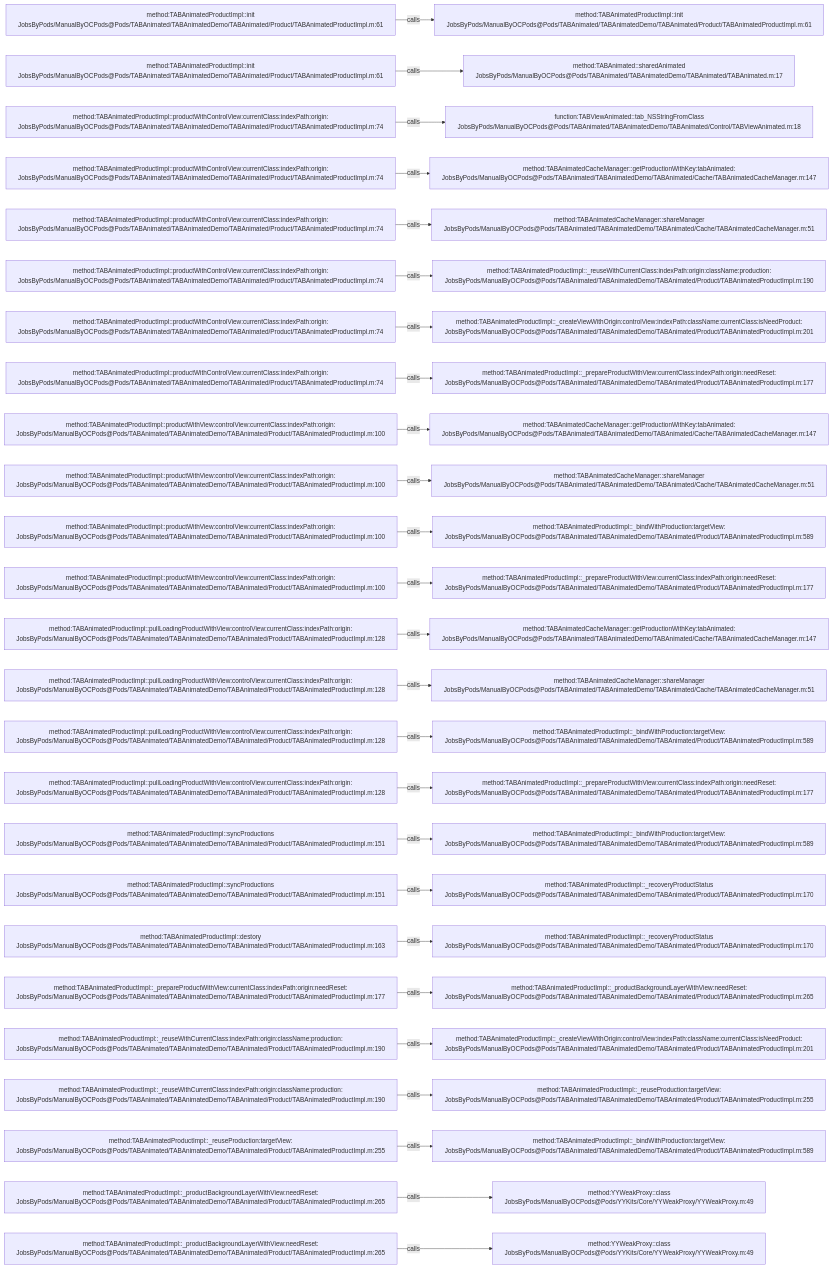
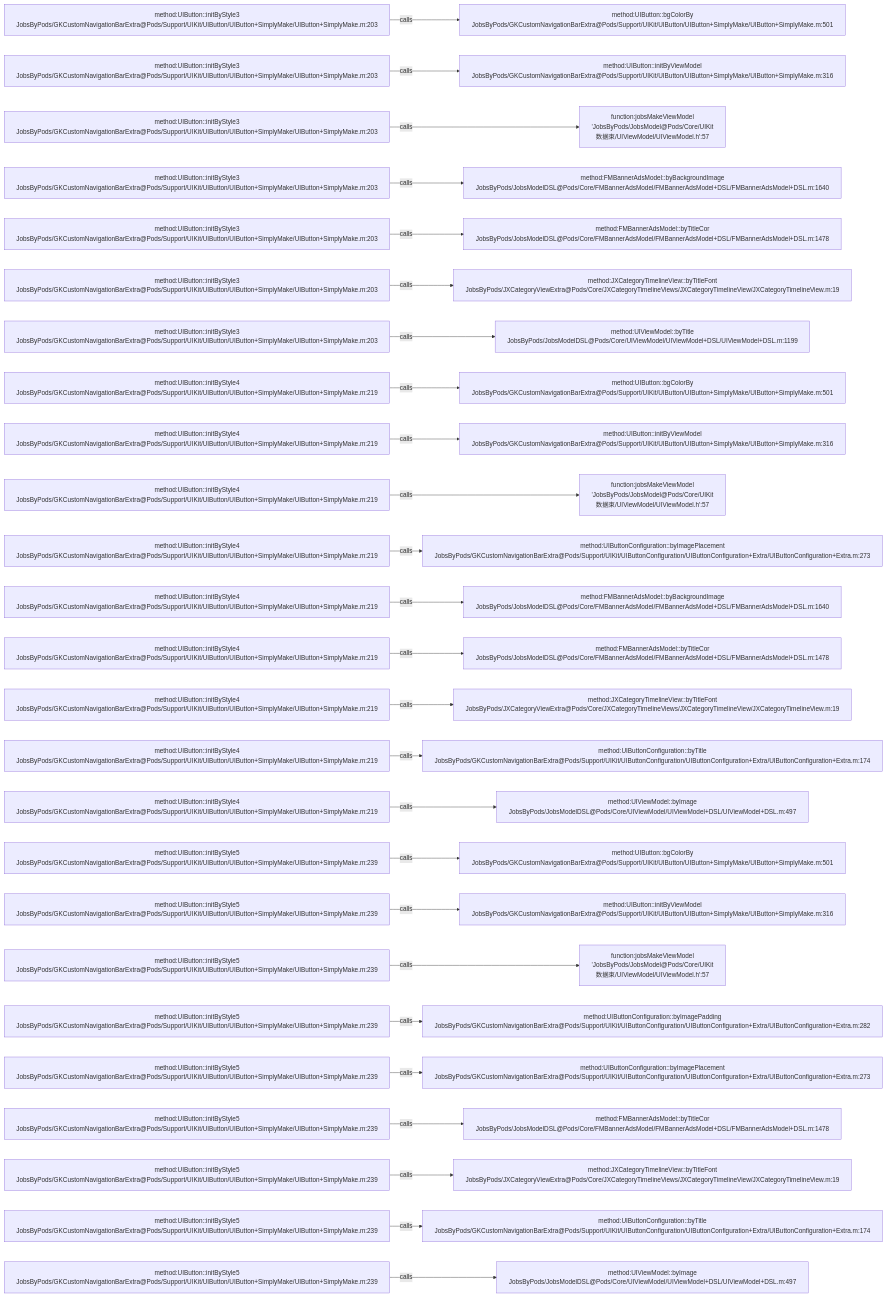
Before and after one commit to JobsKits/JobsOCBaseConfigDemo: the diagram in .codegraph/codegraph.md/graphs/calls-023.md, drawn with Mermaid. The commit also changed 768 other files, not shown here.

````diff
--- a/.codegraph/codegraph.md/graphs/calls-023.md
+++ b/.codegraph/codegraph.md/graphs/calls-023.md
@@ -13,78 +13,78 @@
 ```mermaid
 flowchart LR
-  S1["method:TABAnimatedProductImpl::init<br/>JobsByPods/ManualByOCPods@Pods/TABAnimated/TABAnimatedDemo/TABAnimated/Product/TABAnimatedProductImpl.m:61"]
-  T1["method:TABAnimatedProductImpl::init<br/>JobsByPods/ManualByOCPods@Pods/TABAnimated/TABAnimatedDemo/TABAnimated/Product/TABAnimatedProductImpl.m:61"]
+  S1["method:UIButton::initByStyle3<br/>JobsByPods/GKCustomNavigationBarExtra@Pods/Support/UIKit/UIButton/UIButton+SimplyMake/UIButton+SimplyMake.m:203"]
+  T1["method:UIButton::bgColorBy<br/>JobsByPods/GKCustomNavigationBarExtra@Pods/Support/UIKit/UIButton/UIButton+SimplyMake/UIButton+SimplyMake.m:501"]
   S1 -->|calls| T1
-  S2["method:TABAnimatedProductImpl::init<br/>JobsByPods/ManualByOCPods@Pods/TABAnimated/TABAnimatedDemo/TABAnimated/Product/TABAnimatedProductImpl.m:61"]
-  T2["method:TABAnimated::sharedAnimated<br/>JobsByPods/ManualByOCPods@Pods/TABAnimated/TABAnimatedDemo/TABAnimated/TABAnimated.m:17"]
+  S2["method:UIButton::initByStyle3<br/>JobsByPods/GKCustomNavigationBarExtra@Pods/Support/UIKit/UIButton/UIButton+SimplyMake/UIButton+SimplyMake.m:203"]
+  T2["method:UIButton::initByViewModel<br/>JobsByPods/GKCustomNavigationBarExtra@Pods/Support/UIKit/UIButton/UIButton+SimplyMake/UIButton+SimplyMake.m:316"]
   S2 -->|calls| T2
-  S3["method:TABAnimatedProductImpl::productWithControlView:currentClass:indexPath:origin:<br/>JobsByPods/ManualByOCPods@Pods/TABAnimated/TABAnimatedDemo/TABAnimated/Product/TABAnimatedProductImpl.m:74"]
-  T3["function:TABViewAnimated::tab_NSStringFromClass<br/>JobsByPods/ManualByOCPods@Pods/TABAnimated/TABAnimatedDemo/TABAnimated/Control/TABViewAnimated.m:18"]
+  S3["method:UIButton::initByStyle3<br/>JobsByPods/GKCustomNavigationBarExtra@Pods/Support/UIKit/UIButton/UIButton+SimplyMake/UIButton+SimplyMake.m:203"]
+  T3["function:jobsMakeViewModel<br/>'JobsByPods/JobsModel@Pods/Core/UIKit数据束/UIViewModel/UIViewModel.h':57"]
   S3 -->|calls| T3
-  S4["method:TABAnimatedProductImpl::productWithControlView:currentClass:indexPath:origin:<br/>JobsByPods/ManualByOCPods@Pods/TABAnimated/TABAnimatedDemo/TABAnimated/Product/TABAnimatedProductImpl.m:74"]
-  T4["method:TABAnimatedCacheManager::getProductionWithKey:tabAnimated:<br/>JobsByPods/ManualByOCPods@Pods/TABAnimated/TABAnimatedDemo/TABAnimated/Cache/TABAnimatedCacheManager.m:147"]
+  S4["method:UIButton::initByStyle3<br/>JobsByPods/GKCustomNavigationBarExtra@Pods/Support/UIKit/UIButton/UIButton+SimplyMake/UIButton+SimplyMake.m:203"]
+  T4["method:FMBannerAdsModel::byBackgroundImage<br/>JobsByPods/JobsModelDSL@Pods/Core/FMBannerAdsModel/FMBannerAdsModel+DSL/FMBannerAdsModel+DSL.m:1640"]
   S4 -->|calls| T4
-  S5["method:TABAnimatedProductImpl::productWithControlView:currentClass:indexPath:origin:<br/>JobsByPods/ManualByOCPods@Pods/TABAnimated/TABAnimatedDemo/TABAnimated/Product/TABAnimatedProductImpl.m:74"]
-  T5["method:TABAnimatedCacheManager::shareManager<br/>JobsByPods/ManualByOCPods@Pods/TABAnimated/TABAnimatedDemo/TABAnimated/Cache/TABAnimatedCacheManager.m:51"]
+  S5["method:UIButton::initByStyle3<br/>JobsByPods/GKCustomNavigationBarExtra@Pods/Support/UIKit/UIButton/UIButton+SimplyMake/UIButton+SimplyMake.m:203"]
+  T5["method:FMBannerAdsModel::byTitleCor<br/>JobsByPods/JobsModelDSL@Pods/Core/FMBannerAdsModel/FMBannerAdsModel+DSL/FMBannerAdsModel+DSL.m:1478"]
   S5 -->|calls| T5
-  S6["method:TABAnimatedProductImpl::productWithControlView:currentClass:indexPath:origin:<br/>JobsByPods/ManualByOCPods@Pods/TABAnimated/TABAnimatedDemo/TABAnimated/Product/TABAnimatedProductImpl.m:74"]
-  T6["method:TABAnimatedProductImpl::_reuseWithCurrentClass:indexPath:origin:className:production:<br/>JobsByPods/ManualByOCPods@Pods/TABAnimated/TABAnimatedDemo/TABAnimated/Product/TABAnimatedProductImpl.m:190"]
+  S6["method:UIButton::initByStyle3<br/>JobsByPods/GKCustomNavigationBarExtra@Pods/Support/UIKit/UIButton/UIButton+SimplyMake/UIButton+SimplyMake.m:203"]
+  T6["method:JXCategoryTimelineView::byTitleFont<br/>JobsByPods/JXCategoryViewExtra@Pods/Core/JXCategoryTimelineViews/JXCategoryTimelineView/JXCategoryTimelineView.m:19"]
   S6 -->|calls| T6
-  S7["method:TABAnimatedProductImpl::productWithControlView:currentClass:indexPath:origin:<br/>JobsByPods/ManualByOCPods@Pods/TABAnimated/TABAnimatedDemo/TABAnimated/Product/TABAnimatedProductImpl.m:74"]
-  T7["method:TABAnimatedProductImpl::_createViewWithOrigin:controlView:indexPath:className:currentClass:isNeedProduct:<br/>JobsByPods/ManualByOCPods@Pods/TABAnimated/TABAnimatedDemo/TABAnimated/Product/TABAnimatedProductImpl.m:201"]
+  S7["method:UIButton::initByStyle3<br/>JobsByPods/GKCustomNavigationBarExtra@Pods/Support/UIKit/UIButton/UIButton+SimplyMake/UIButton+SimplyMake.m:203"]
+  T7["method:UIViewModel::byTitle<br/>JobsByPods/JobsModelDSL@Pods/Core/UIViewModel/UIViewModel+DSL/UIViewModel+DSL.m:1199"]
   S7 -->|calls| T7
-  S8["method:TABAnimatedProductImpl::productWithControlView:currentClass:indexPath:origin:<br/>JobsByPods/ManualByOCPods@Pods/TABAnimated/TABAnimatedDemo/TABAnimated/Product/TABAnimatedProductImpl.m:74"]
-  T8["method:TABAnimatedProductImpl::_prepareProductWithView:currentClass:indexPath:origin:needReset:<br/>JobsByPods/ManualByOCPods@Pods/TABAnimated/TABAnimatedDemo/TABAnimated/Product/TABAnimatedProductImpl.m:177"]
+  S8["method:UIButton::initByStyle4<br/>JobsByPods/GKCustomNavigationBarExtra@Pods/Support/UIKit/UIButton/UIButton+SimplyMake/UIButton+SimplyMake.m:219"]
+  T8["method:UIButton::bgColorBy<br/>JobsByPods/GKCustomNavigationBarExtra@Pods/Support/UIKit/UIButton/UIButton+SimplyMake/UIButton+SimplyMake.m:501"]
   S8 -->|calls| T8
-  S9["method:TABAnimatedProductImpl::productWithView:controlView:currentClass:indexPath:origin:<br/>JobsByPods/ManualByOCPods@Pods/TABAnimated/TABAnimatedDemo/TABAnimated/Product/TABAnimatedProductImpl.m:100"]
-  T9["method:TABAnimatedCacheManager::getProductionWithKey:tabAnimated:<br/>JobsByPods/ManualByOCPods@Pods/TABAnimated/TABAnimatedDemo/TABAnimated/Cache/TABAnimatedCacheManager.m:147"]
+  S9["method:UIButton::initByStyle4<br/>JobsByPods/GKCustomNavigationBarExtra@Pods/Support/UIKit/UIButton/UIButton+SimplyMake/UIButton+SimplyMake.m:219"]
+  T9["method:UIButton::initByViewModel<br/>JobsByPods/GKCustomNavigationBarExtra@Pods/Support/UIKit/UIButton/UIButton+SimplyMake/UIButton+SimplyMake.m:316"]
   S9 -->|calls| T9
-  S10["method:TABAnimatedProductImpl::productWithView:controlView:currentClass:indexPath:origin:<br/>JobsByPods/ManualByOCPods@Pods/TABAnimated/TABAnimatedDemo/TABAnimated/Product/TABAnimatedProductImpl.m:100"]
-  T10["method:TABAnimatedCacheManager::shareManager<br/>JobsByPods/ManualByOCPods@Pods/TABAnimated/TABAnimatedDemo/TABAnimated/Cache/TABAnimatedCacheManager.m:51"]
+  S10["method:UIButton::initByStyle4<br/>JobsByPods/GKCustomNavigationBarExtra@Pods/Support/UIKit/UIButton/UIButton+SimplyMake/UIButton+SimplyMake.m:219"]
+  T10["function:jobsMakeViewModel<br/>'JobsByPods/JobsModel@Pods/Core/UIKit数据束/UIViewModel/UIViewModel.h':57"]
   S10 -->|calls| T10
-  S11["method:TABAnimatedProductImpl::productWithView:controlView:currentClass:indexPath:origin:<br/>JobsByPods/ManualByOCPods@Pods/TABAnimated/TABAnimatedDemo/TABAnimated/Product/TABAnimatedProductImpl.m:100"]
-  T11["method:TABAnimatedProductImpl::_bindWithProduction:targetView:<br/>JobsByPods/ManualByOCPods@Pods/TABAnimated/TABAnimatedDemo/TABAnimated/Product/TABAnimatedProductImpl.m:589"]
+  S11["method:UIButton::initByStyle4<br/>JobsByPods/GKCustomNavigationBarExtra@Pods/Support/UIKit/UIButton/UIButton+SimplyMake/UIButton+SimplyMake.m:219"]
+  T11["method:UIButtonConfiguration::byImagePlacement<br/>JobsByPods/GKCustomNavigationBarExtra@Pods/Support/UIKit/UIButtonConfiguration/UIButtonConfiguration+Extra/UIButtonConfiguration+Extra.m:273"]
   S11 -->|calls| T11
-  S12["method:TABAnimatedProductImpl::productWithView:controlView:currentClass:indexPath:origin:<br/>JobsByPods/ManualByOCPods@Pods/TABAnimated/TABAnimatedDemo/TABAnimated/Product/TABAnimatedProductImpl.m:100"]
-  T12["method:TABAnimatedProductImpl::_prepareProductWithView:currentClass:indexPath:origin:needReset:<br/>JobsByPods/ManualByOCPods@Pods/TABAnimated/TABAnimatedDemo/TABAnimated/Product/TABAnimatedProductImpl.m:177"]
+  S12["method:UIButton::initByStyle4<br/>JobsByPods/GKCustomNavigationBarExtra@Pods/Support/UIKit/UIButton/UIButton+SimplyMake/UIButton+SimplyMake.m:219"]
+  T12["method:FMBannerAdsModel::byBackgroundImage<br/>JobsByPods/JobsModelDSL@Pods/Core/FMBannerAdsModel/FMBannerAdsModel+DSL/FMBannerAdsModel+DSL.m:1640"]
   S12 -->|calls| T12
-  S13["method:TABAnimatedProductImpl::pullLoadingProductWithView:controlView:currentClass:indexPath:origin:<br/>JobsByPods/ManualByOCPods@Pods/TABAnimated/TABAnimatedDemo/TABAnimated/Product/TABAnimatedProductImpl.m:128"]
-  T13["method:TABAnimatedCacheManager::getProductionWithKey:tabAnimated:<br/>JobsByPods/ManualByOCPods@Pods/TABAnimated/TABAnimatedDemo/TABAnimated/Cache/TABAnimatedCacheManager.m:147"]
+  S13["method:UIButton::initByStyle4<br/>JobsByPods/GKCustomNavigationBarExtra@Pods/Support/UIKit/UIButton/UIButton+SimplyMake/UIButton+SimplyMake.m:219"]
+  T13["method:FMBannerAdsModel::byTitleCor<br/>JobsByPods/JobsModelDSL@Pods/Core/FMBannerAdsModel/FMBannerAdsModel+DSL/FMBannerAdsModel+DSL.m:1478"]
   S13 -->|calls| T13
-  S14["method:TABAnimatedProductImpl::pullLoadingProductWithView:controlView:currentClass:indexPath:origin:<br/>JobsByPods/ManualByOCPods@Pods/TABAnimated/TABAnimatedDemo/TABAnimated/Product/TABAnimatedProductImpl.m:128"]
-  T14["method:TABAnimatedCacheManager::shareManager<br/>JobsByPods/ManualByOCPods@Pods/TABAnimated/TABAnimatedDemo/TABAnimated/Cache/TABAnimatedCacheManager.m:51"]
+  S14["method:UIButton::initByStyle4<br/>JobsByPods/GKCustomNavigationBarExtra@Pods/Support/UIKit/UIButton/UIButton+SimplyMake/UIButton+SimplyMake.m:219"]
+  T14["method:JXCategoryTimelineView::byTitleFont<br/>JobsByPods/JXCategoryViewExtra@Pods/Core/JXCategoryTimelineViews/JXCategoryTimelineView/JXCategoryTimelineView.m:19"]
   S14 -->|calls| T14
-  S15["method:TABAnimatedProductImpl::pullLoadingProductWithView:controlView:currentClass:indexPath:origin:<br/>JobsByPods/ManualByOCPods@Pods/TABAnimated/TABAnimatedDemo/TABAnimated/Product/TABAnimatedProductImpl.m:128"]
-  T15["method:TABAnimatedProductImpl::_bindWithProduction:targetView:<br/>JobsByPods/ManualByOCPods@Pods/TABAnimated/TABAnimatedDemo/TABAnimated/Product/TABAnimatedProductImpl.m:589"]
+  S15["method:UIButton::initByStyle4<br/>JobsByPods/GKCustomNavigationBarExtra@Pods/Support/UIKit/UIButton/UIButton+SimplyMake/UIButton+SimplyMake.m:219"]
+  T15["method:UIButtonConfiguration::byTitle<br/>JobsByPods/GKCustomNavigationBarExtra@Pods/Support/UIKit/UIButtonConfiguration/UIButtonConfiguration+Extra/UIButtonConfiguration+Extra.m:174"]
   S15 -->|calls| T15
-  S16["method:TABAnimatedProductImpl::pullLoadingProductWithView:controlView:currentClass:indexPath:origin:<br/>JobsByPods/ManualByOCPods@Pods/TABAnimated/TABAnimatedDemo/TABAnimated/Product/TABAnimatedProductImpl.m:128"]
-  T16["method:TABAnimatedProductImpl::_prepareProductWithView:currentClass:indexPath:origin:needReset:<br/>JobsByPods/ManualByOCPods@Pods/TABAnimated/TABAnimatedDemo/TABAnimated/Product/TABAnimatedProductImpl.m:177"]
+  S16["method:UIButton::initByStyle4<br/>JobsByPods/GKCustomNavigationBarExtra@Pods/Support/UIKit/UIButton/UIButton+SimplyMake/UIButton+SimplyMake.m:219"]
+  T16["method:UIViewModel::byImage<br/>JobsByPods/JobsModelDSL@Pods/Core/UIViewModel/UIViewModel+DSL/UIViewModel+DSL.m:497"]
   S16 -->|calls| T16
-  S17["method:TABAnimatedProductImpl::syncProductions<br/>JobsByPods/ManualByOCPods@Pods/TABAnimated/TABAnimatedDemo/TABAnimated/Product/TABAnimatedProductImpl.m:151"]
-  T17["method:TABAnimatedProductImpl::_bindWithProduction:targetView:<br/>JobsByPods/ManualByOCPods@Pods/TABAnimated/TABAnimatedDemo/TABAnimated/Product/TABAnimatedProductImpl.m:589"]
+  S17["method:UIButton::initByStyle5<br/>JobsByPods/GKCustomNavigationBarExtra@Pods/Support/UIKit/UIButton/UIButton+SimplyMake/UIButton+SimplyMake.m:239"]
+  T17["method:UIButton::bgColorBy<br/>JobsByPods/GKCustomNavigationBarExtra@Pods/Support/UIKit/UIButton/UIButton+SimplyMake/UIButton+SimplyMake.m:501"]
   S17 -->|calls| T17
-  S18["method:TABAnimatedProductImpl::syncProductions<br/>JobsByPods/ManualByOCPods@Pods/TABAnimated/TABAnimatedDemo/TABAnimated/Product/TABAnimatedProductImpl.m:151"]
-  T18["method:TABAnimatedProductImpl::_recoveryProductStatus<br/>JobsByPods/ManualByOCPods@Pods/TABAnimated/TABAnimatedDemo/TABAnimated/Product/TABAnimatedProductImpl.m:170"]
+  S18["method:UIButton::initByStyle5<br/>JobsByPods/GKCustomNavigationBarExtra@Pods/Support/UIKit/UIButton/UIButton+SimplyMake/UIButton+SimplyMake.m:239"]
+  T18["method:UIButton::initByViewModel<br/>JobsByPods/GKCustomNavigationBarExtra@Pods/Support/UIKit/UIButton/UIButton+SimplyMake/UIButton+SimplyMake.m:316"]
   S18 -->|calls| T18
-  S19["method:TABAnimatedProductImpl::destory<br/>JobsByPods/ManualByOCPods@Pods/TABAnimated/TABAnimatedDemo/TABAnimated/Product/TABAnimatedProductImpl.m:163"]
-  T19["method:TABAnimatedProductImpl::_recoveryProductStatus<br/>JobsByPods/ManualByOCPods@Pods/TABAnimated/TABAnimatedDemo/TABAnimated/Product/TABAnimatedProductImpl.m:170"]
+  S19["method:UIButton::initByStyle5<br/>JobsByPods/GKCustomNavigationBarExtra@Pods/Support/UIKit/UIButton/UIButton+SimplyMake/UIButton+SimplyMake.m:239"]
+  T19["function:jobsMakeViewModel<br/>'JobsByPods/JobsModel@Pods/Core/UIKit数据束/UIViewModel/UIViewModel.h':57"]
   S19 -->|calls| T19
-  S20["method:TABAnimatedProductImpl::_prepareProductWithView:currentClass:indexPath:origin:needReset:<br/>JobsByPods/ManualByOCPods@Pods/TABAnimated/TABAnimatedDemo/TABAnimated/Product/TABAnimatedProductImpl.m:177"]
-  T20["method:TABAnimatedProductImpl::_productBackgroundLayerWithView:needReset:<br/>JobsByPods/ManualByOCPods@Pods/TABAnimated/TABAnimatedDemo/TABAnimated/Product/TABAnimatedProductImpl.m:265"]
+  S20["method:UIButton::initByStyle5<br/>JobsByPods/GKCustomNavigationBarExtra@Pods/Support/UIKit/UIButton/UIButton+SimplyMake/UIButton+SimplyMake.m:239"]
+  T20["method:UIButtonConfiguration::byImagePadding<br/>JobsByPods/GKCustomNavigationBarExtra@Pods/Support/UIKit/UIButtonConfiguration/UIButtonConfiguration+Extra/UIButtonConfiguration+Extra.m:282"]
   S20 -->|calls| T20
-  S21["method:TABAnimatedProductImpl::_reuseWithCurrentClass:indexPath:origin:className:production:<br/>JobsByPods/ManualByOCPods@Pods/TABAnimated/TABAnimatedDemo/TABAnimated/Product/TABAnimatedProductImpl.m:190"]
-  T21["method:TABAnimatedProductImpl::_createViewWithOrigin:controlView:indexPath:className:currentClass:isNeedProduct:<br/>JobsByPods/ManualByOCPods@Pods/TABAnimated/TABAnimatedDemo/TABAnimated/Product/TABAnimatedProductImpl.m:201"]
+  S21["method:UIButton::initByStyle5<br/>JobsByPods/GKCustomNavigationBarExtra@Pods/Support/UIKit/UIButton/UIButton+SimplyMake/UIButton+SimplyMake.m:239"]
+  T21["method:UIButtonConfiguration::byImagePlacement<br/>JobsByPods/GKCustomNavigationBarExtra@Pods/Support/UIKit/UIButtonConfiguration/UIButtonConfiguration+Extra/UIButtonConfiguration+Extra.m:273"]
   S21 -->|calls| T21
-  S22["method:TABAnimatedProductImpl::_reuseWithCurrentClass:indexPath:origin:className:production:<br/>JobsByPods/ManualByOCPods@Pods/TABAnimated/TABAnimatedDemo/TABAnimated/Product/TABAnimatedProductImpl.m:190"]
-  T22["method:TABAnimatedProductImpl::_reuseProduction:targetView:<br/>JobsByPods/ManualByOCPods@Pods/TABAnimated/TABAnimatedDemo/TABAnimated/Product/TABAnimatedProductImpl.m:255"]
+  S22["method:UIButton::initByStyle5<br/>JobsByPods/GKCustomNavigationBarExtra@Pods/Support/UIKit/UIButton/UIButton+SimplyMake/UIButton+SimplyMake.m:239"]
+  T22["method:FMBannerAdsModel::byTitleCor<br/>JobsByPods/JobsModelDSL@Pods/Core/FMBannerAdsModel/FMBannerAdsModel+DSL/FMBannerAdsModel+DSL.m:1478"]
   S22 -->|calls| T22
-  S23["method:TABAnimatedProductImpl::_reuseProduction:targetView:<br/>JobsByPods/ManualByOCPods@Pods/TABAnimated/TABAnimatedDemo/TABAnimated/Product/TABAnimatedProductImpl.m:255"]
-  T23["method:TABAnimatedProductImpl::_bindWithProduction:targetView:<br/>JobsByPods/ManualByOCPods@Pods/TABAnimated/TABAnimatedDemo/TABAnimated/Product/TABAnimatedProductImpl.m:589"]
+  S23["method:UIButton::initByStyle5<br/>JobsByPods/GKCustomNavigationBarExtra@Pods/Support/UIKit/UIButton/UIButton+SimplyMake/UIButton+SimplyMake.m:239"]
+  T23["method:JXCategoryTimelineView::byTitleFont<br/>JobsByPods/JXCategoryViewExtra@Pods/Core/JXCategoryTimelineViews/JXCategoryTimelineView/JXCategoryTimelineView.m:19"]
   S23 -->|calls| T23
-  S24["method:TABAnimatedProductImpl::_productBackgroundLayerWithView:needReset:<br/>JobsByPods/ManualByOCPods@Pods/TABAnimated/TABAnimatedDemo/TABAnimated/Product/TABAnimatedProductImpl.m:265"]
-  T24["method:YYWeakProxy::class<br/>JobsByPods/ManualByOCPods@Pods/YYKits/Core/YYWeakProxy/YYWeakProxy.m:49"]
+  S24["method:UIButton::initByStyle5<br/>JobsByPods/GKCustomNavigationBarExtra@Pods/Support/UIKit/UIButton/UIButton+SimplyMake/UIButton+SimplyMake.m:239"]
+  T24["method:UIButtonConfiguration::byTitle<br/>JobsByPods/GKCustomNavigationBarExtra@Pods/Support/UIKit/UIButtonConfiguration/UIButtonConfiguration+Extra/UIButtonConfiguration+Extra.m:174"]
   S24 -->|calls| T24
-  S25["method:TABAnimatedProductImpl::_productBackgroundLayerWithView:needReset:<br/>JobsByPods/ManualByOCPods@Pods/TABAnimated/TABAnimatedDemo/TABAnimated/Product/TABAnimatedProductImpl.m:265"]
-  T25["method:YYWeakProxy::class<br/>JobsByPods/ManualByOCPods@Pods/YYKits/Core/YYWeakProxy/YYWeakProxy.m:49"]
+  S25["method:UIButton::initByStyle5<br/>JobsByPods/GKCustomNavigationBarExtra@Pods/Support/UIKit/UIButton/UIButton+SimplyMake/UIButton+SimplyMake.m:239"]
+  T25["method:UIViewModel::byImage<br/>JobsByPods/JobsModelDSL@Pods/Core/UIViewModel/UIViewModel+DSL/UIViewModel+DSL.m:497"]
   S25 -->|calls| T25
 ```
````
